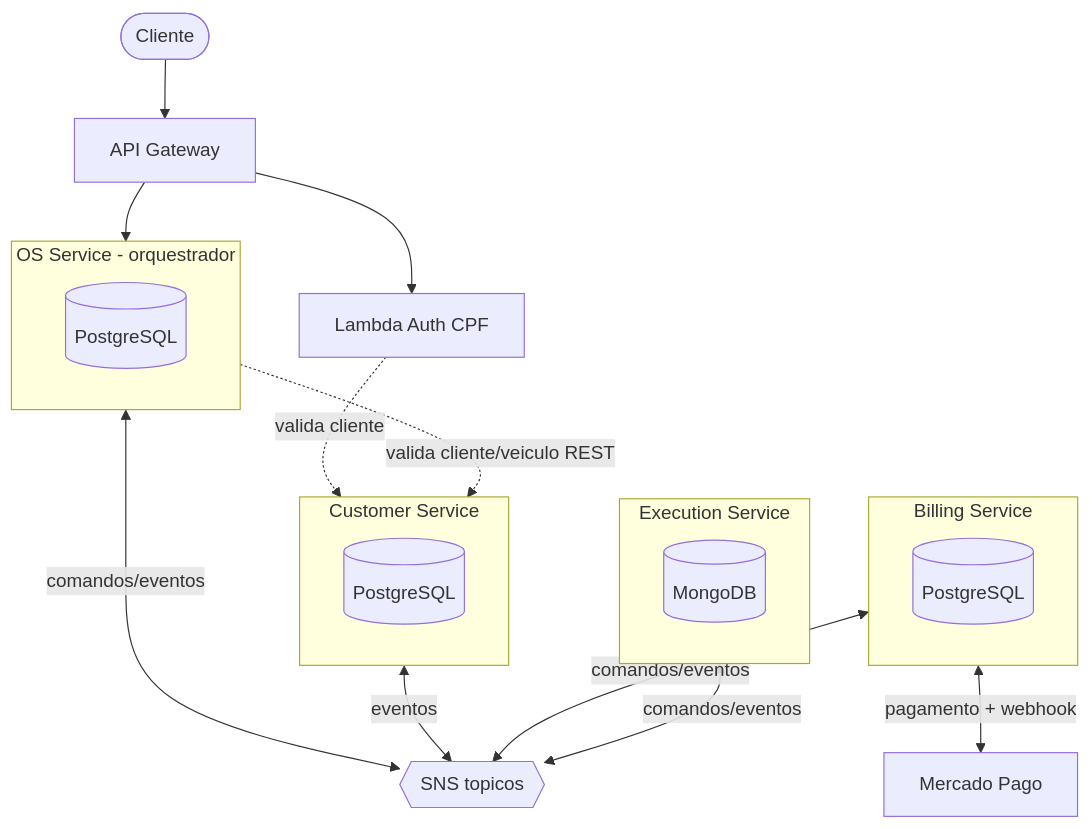
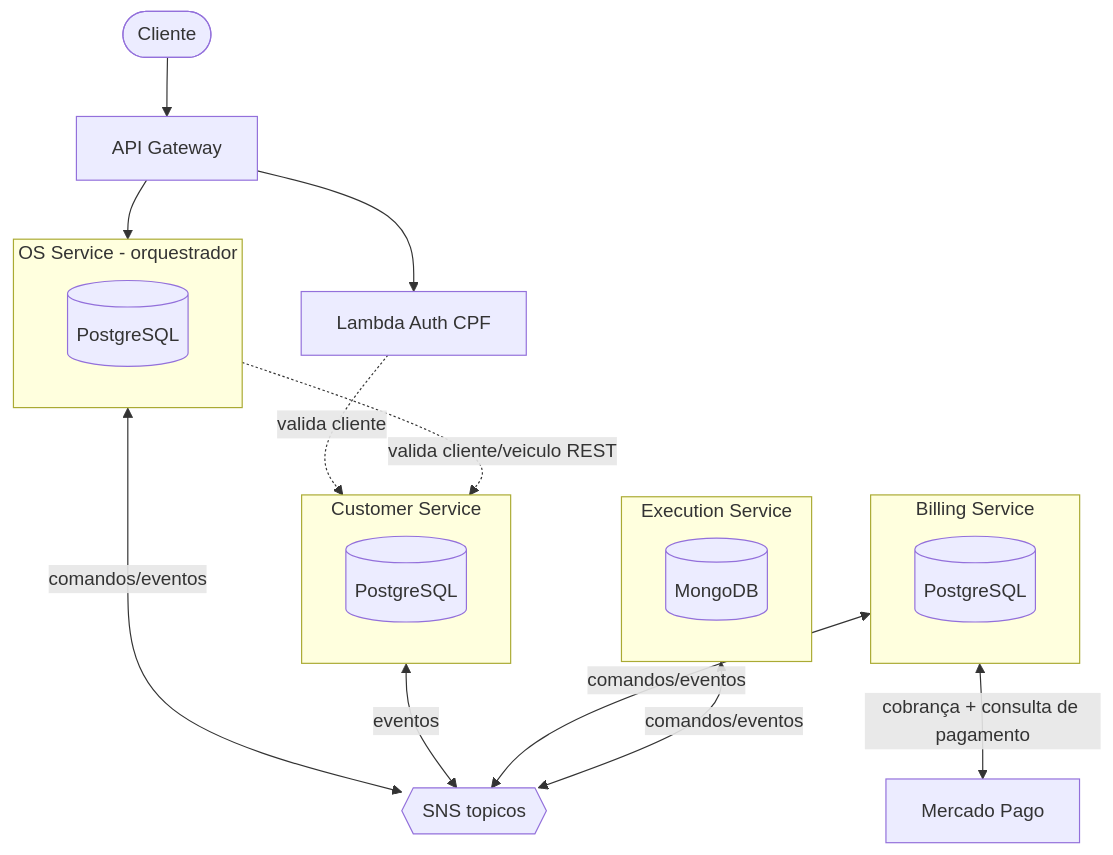
Before and after one commit to TechChalleng-FIAP-SOAT/workbench-technical-documentation: the first of 2 diagrams in 01 - Arquitetura/Arquitetura Alvo Microsservicos.md, drawn with Mermaid. The commit also changed other lines of this file and 12 other files, not shown here.

````diff
--- a/01 - Arquitetura/Arquitetura Alvo Microsservicos.md
+++ b/01 - Arquitetura/Arquitetura Alvo Microsservicos.md
@@ -28,35 +28,35 @@
 ```mermaid
 flowchart TB
     client([Cliente])
     gw[API Gateway]
     lambda[Lambda Auth CPF]
 
     subgraph OS[OS Service - orquestrador]
       osdb[(PostgreSQL)]
     end
     subgraph CU[Customer Service]
       cudb[(PostgreSQL)]
     end
     subgraph BI[Billing Service]
       bidb[(PostgreSQL)]
     end
     subgraph EX[Execution Service]
       exdb[(MongoDB)]
     end
 
     mp[Mercado Pago]
     sns{{SNS topicos}}
 
     client --> gw
     gw --> lambda
     lambda -. valida cliente .-> CU
     gw --> OS
 
     OS <-->|comandos/eventos| sns
     CU <-->|eventos| sns
     BI <-->|comandos/eventos| sns
     EX <-->|comandos/eventos| sns
 
     OS -. valida cliente/veiculo REST .-> CU
-    BI <-->|pagamento + webhook| mp
+    BI <-->|cobrança + consulta de pagamento| mp
 ```
````
